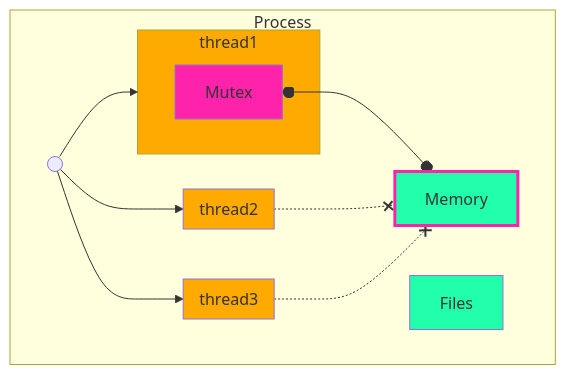
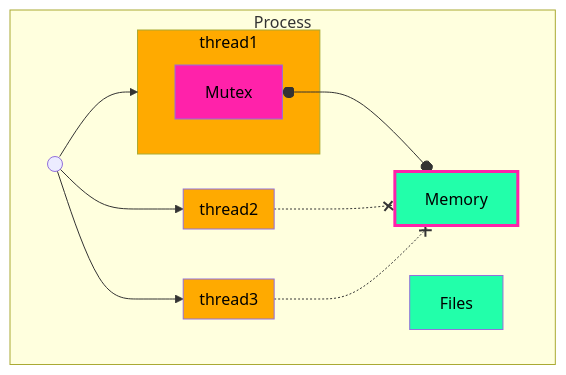
Before and after one commit to Tablerase/42_Projects: the second of 2 diagrams in Projects/Philosophers/README.md, drawn with Mermaid. The commit also changed other lines of this file and 1 other file, not shown here.

````diff
--- a/Projects/Philosophers/README.md
+++ b/Projects/Philosophers/README.md
@@ -150,25 +150,25 @@
 ```mermaid
 graph TD
-  classDef ressource fill:#2fa;
-  classDef process fill:#fa1;
-  classDef thread fill:#fa0;
-  classDef mutex fill:#f2a;
-  classDef protected fill:#2fa, stroke:#f2a, stroke-width:3px;
+  classDef ressource fill:#2fa, color:#000;
+  classDef process fill:#fa1, color:#000;
+  classDef thread fill:#fa0, color:#000;
+  classDef mutex fill:#f2a, color:#000;
+  classDef protected fill:#2fa, stroke:#f2a, stroke-width:3px, color:#000;
     subgraph Process
         Ressource1[Memory]:::protected
         Ressource2[Files]:::ressource
         Mutex1[Mutex]:::mutex o--o Ressource1
         point(( )) --> thread1[Thread 1]:::thread
         subgraph thread1
             Mutex1
         end
         thread2 -.-x Ressource1
         point(( )) --> thread2[Thread 2]:::thread
         subgraph thread2
         end
         thread3 -.-x Ressource1
         point(( )) --> thread3[Thread 3]:::thread
         subgraph thread3
         end
     end
 ```
````
